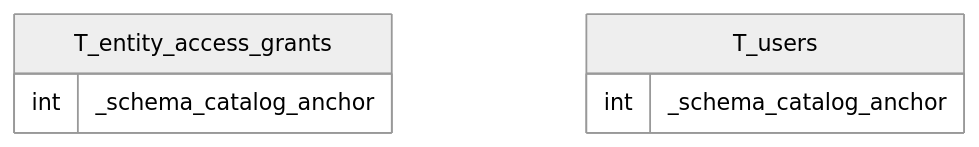
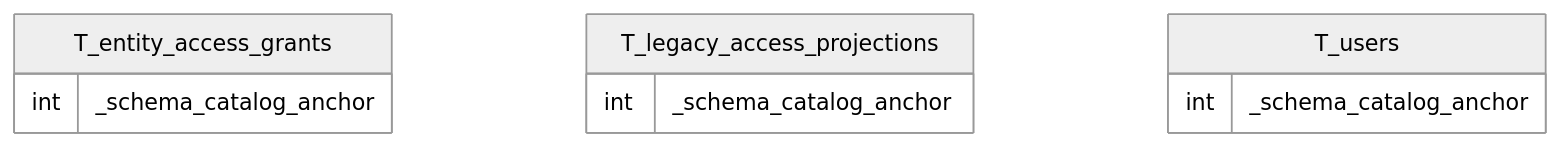
Before and after one commit to caymanlogistic-crypto/erp-planex-ci: the second of 9 diagrams in docs/database/TENANT_ERD.md, drawn with Mermaid (neutral theme). The commit also changed other lines of this file and 37 other files, not shown here.

````diff
--- a/docs/database/TENANT_ERD.md
+++ b/docs/database/TENANT_ERD.md
@@ -26,9 +26,12 @@
 ```mermaid
 erDiagram
   T_entity_access_grants {
+    int _schema_catalog_anchor
+  }
+  T_legacy_access_projections {
     int _schema_catalog_anchor
   }
   T_users {
     int _schema_catalog_anchor
   }
 ```
````
